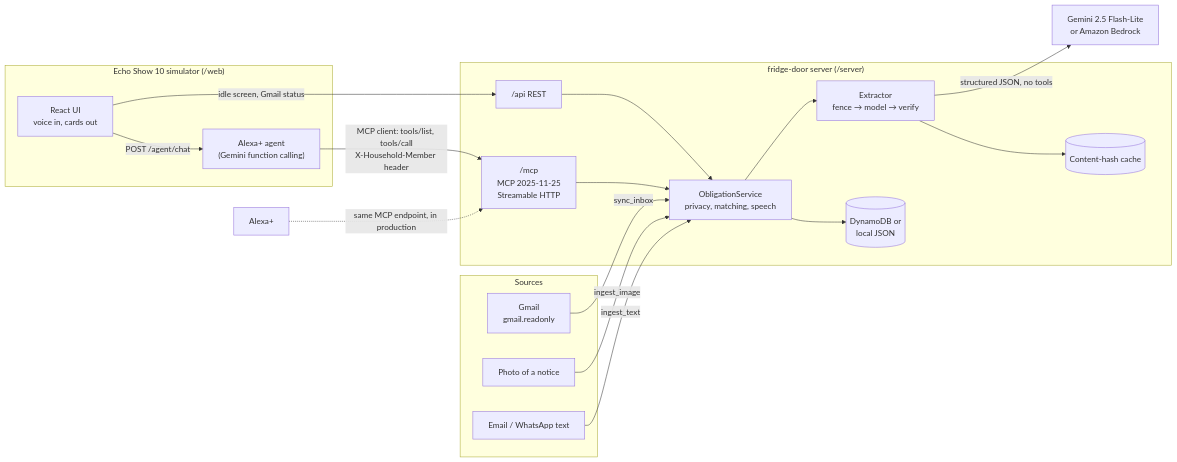
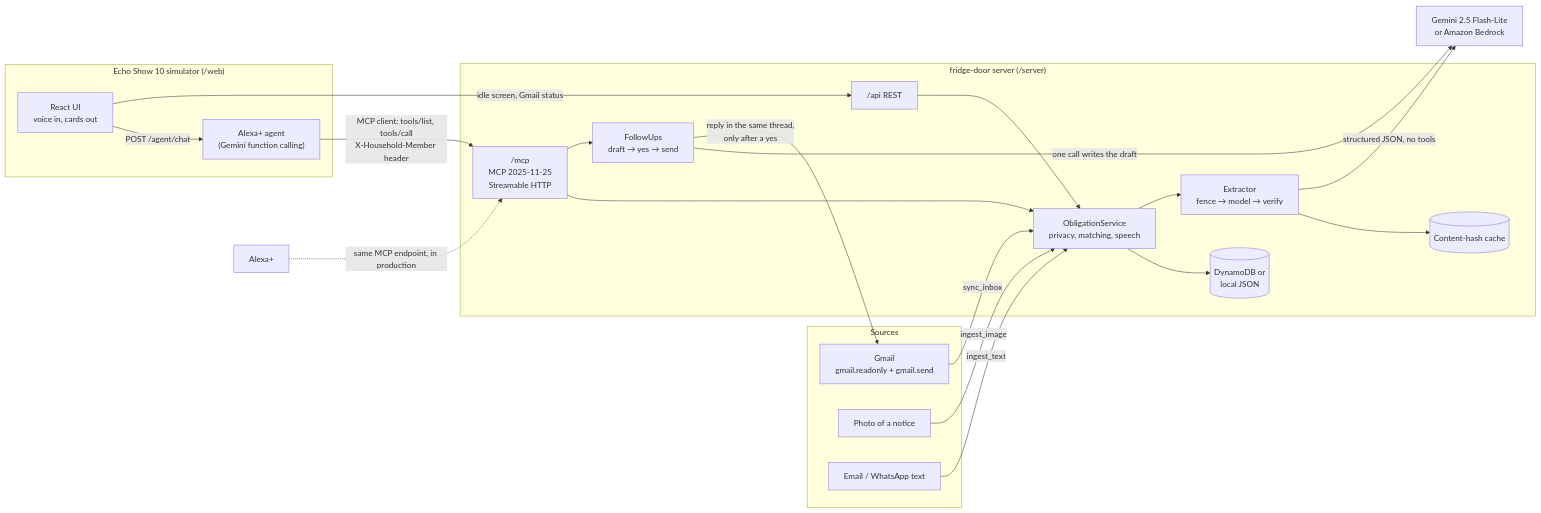
One commit to Manish-D12/Fridge-Door-Alexa-V1 changed the diagram in README.md. Above: the diagram before and after it, drawn with Mermaid. The commit also changed other lines of this file and 31 other files, not shown here.

````diff
--- a/README.md
+++ b/README.md
@@ -37,39 +40,43 @@
 ```mermaid
 flowchart LR
   subgraph Sources
-    G[Gmail<br/>gmail.readonly]
+    G[Gmail<br/>gmail.readonly + gmail.send]
     P[Photo of a notice]
     W[Email / WhatsApp text]
   end
 
   subgraph Device["Echo Show 10 simulator (/web)"]
     UI[React UI<br/>voice in, cards out]
     AG["Alexa+ agent<br/>(Gemini function calling)"]
   end
 
   subgraph Server["fridge-door server (/server)"]
     MCP["/mcp<br/>MCP 2025-11-25<br/>Streamable HTTP"]
     REST["/api REST"]
     SVC[ObligationService<br/>privacy, matching, speech]
     EX[Extractor<br/>fence → model → verify]
+    FU[FollowUps<br/>draft → yes → send]
     C[(Content-hash cache)]
     DB[(DynamoDB or<br/>local JSON)]
   end
 
   LLM[Gemini 2.5 Flash-Lite<br/>or Amazon Bedrock]
   ALEXA["Alexa+"]
 
   UI -- "POST /agent/chat" --> AG
   AG -- "MCP client: tools/list, tools/call<br/>X-Household-Member header" --> MCP
   ALEXA -. "same MCP endpoint, in production" .-> MCP
   UI -- "idle screen, Gmail status" --> REST
   MCP --> SVC
   REST --> SVC
   SVC --> DB
   SVC --> EX
   EX --> C
   EX -- "structured JSON, no tools" --> LLM
   G -- sync_inbox --> SVC
+  MCP --> FU
+  FU -- "one call writes the draft" --> LLM
+  FU -- "reply in the same thread,<br/>only after a yes" --> G
   P -- ingest_image --> SVC
   W -- ingest_text --> SVC
 ```
````
